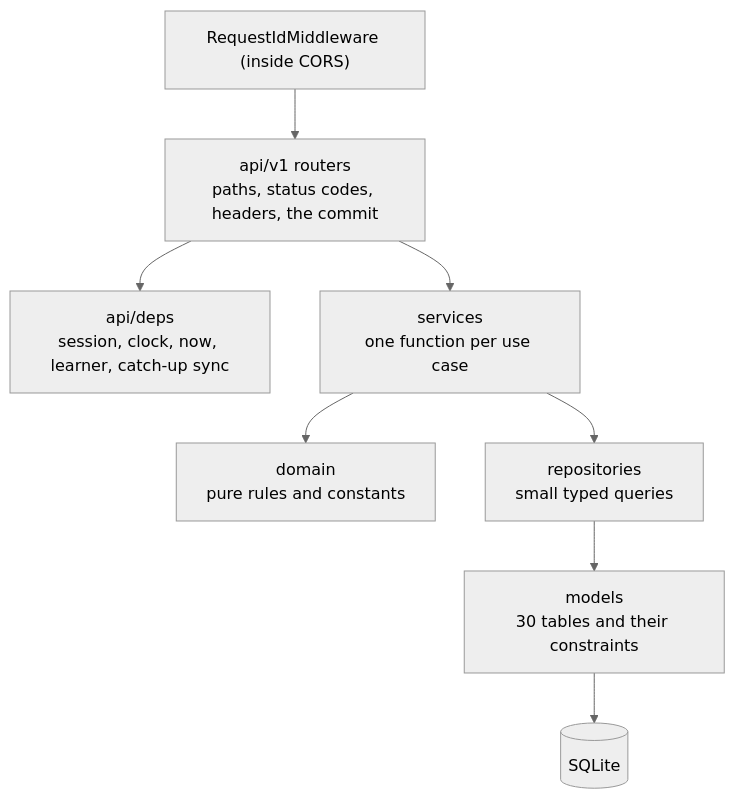
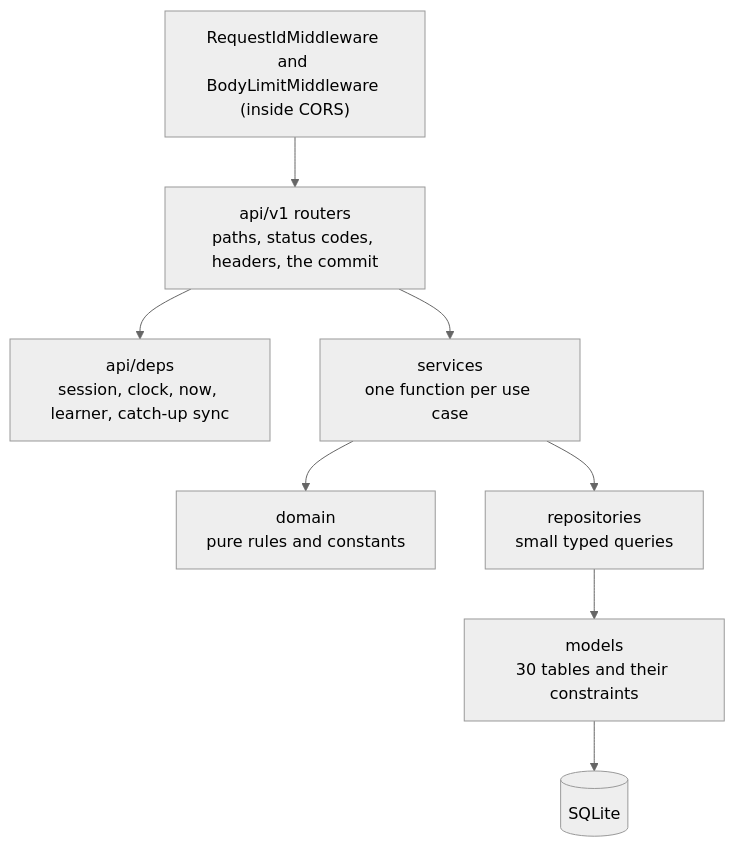
One commit to PulkitGarg31/Duolingo-Clone changed the second of 6 diagrams in README.md. Above: the diagram before and after it, drawn with Mermaid (neutral theme). The commit also changed other lines of this file and 1 other file, not shown here.

````diff
--- a/README.md
+++ b/README.md
@@ -175,10 +175,10 @@
 ```mermaid
 flowchart TB
-  MW["RequestIdMiddleware (inside CORS)"] --> RT["api/v1 routers<br/>paths, status codes, headers, the commit"]
+  MW["RequestIdMiddleware and BodyLimitMiddleware (inside CORS)"] --> RT["api/v1 routers<br/>paths, status codes, headers, the commit"]
   RT --> DP["api/deps<br/>session, clock, now, learner, catch-up sync"]
   RT --> SV["services<br/>one function per use case"]
   SV --> DM["domain<br/>pure rules and constants"]
   SV --> RP["repositories<br/>small typed queries"]
   RP --> MD["models<br/>30 tables and their constraints"]
   MD --> DB[("SQLite")]
 ```
````
